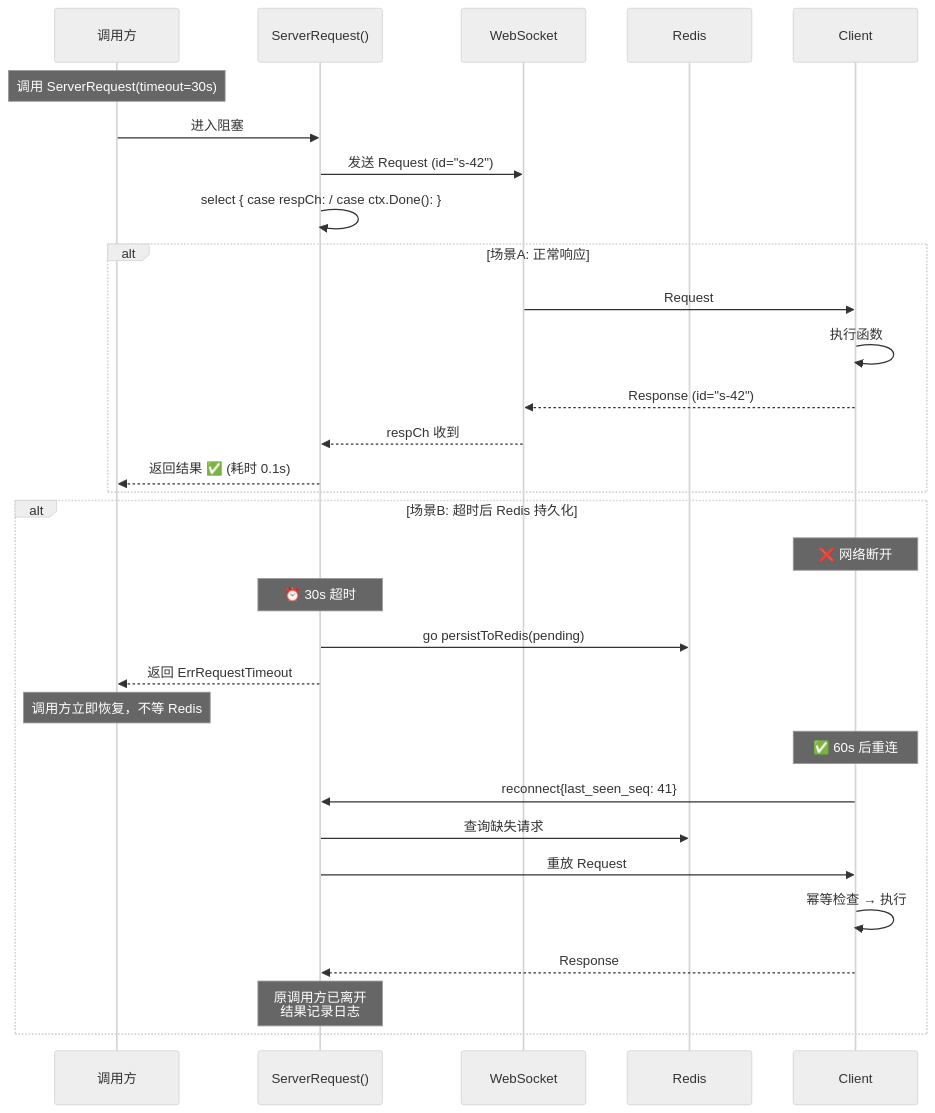
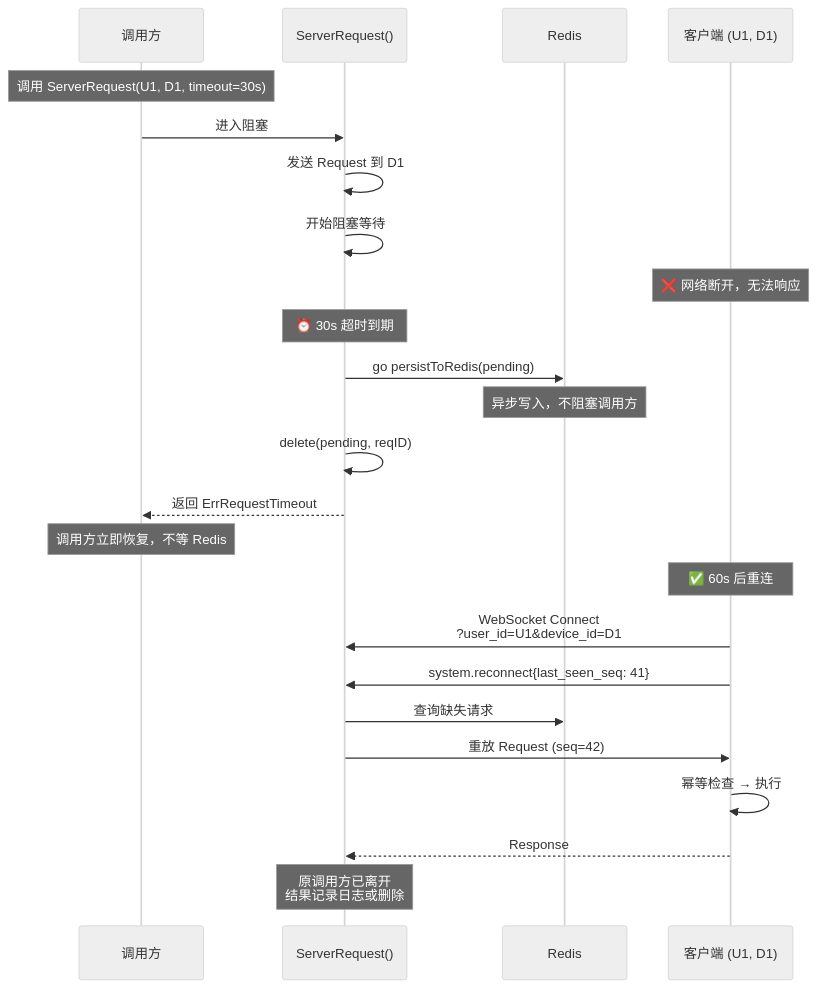
Before and after one commit to PineappleBond/xyncra-server: the fourth of 7 diagrams in docs/DESIGN_CLIENT_FUNCTION_AGENT_TOOLS.md, drawn with Mermaid (neutral theme). The commit also changed other lines of this file, not shown here.

First line of the commit message:
docs: rewrite with correct design - Agent only calls initiating device

````diff
--- a/docs/DESIGN_CLIENT_FUNCTION_AGENT_TOOLS.md
+++ b/docs/DESIGN_CLIENT_FUNCTION_AGENT_TOOLS.md
@@ -347,38 +414,30 @@
 ```mermaid
 sequenceDiagram
     participant Caller as 调用方
     participant RRPC as ServerRequest()
-    participant WS as WebSocket
     participant Redis
-    participant Client
+    participant Client as 客户端 (U1, D1)
 
-    Note over Caller: 调用 ServerRequest(timeout=30s)
+    Note over Caller: 调用 ServerRequest(U1, D1, timeout=30s)
     Caller->>RRPC: 进入阻塞
 
-    RRPC->>WS: 发送 Request (id="s-42")
-    RRPC->>RRPC: select { case respCh: / case ctx.Done(): }
+    RRPC->>RRPC: 发送 Request 到 D1
+    RRPC->>RRPC: 开始阻塞等待
 
-    alt 场景A: 正常响应
-        WS->>Client: Request
-        Client->>Client: 执行函数
-        Client-->>WS: Response (id="s-42")
-        WS-->>RRPC: respCh 收到
-        RRPC-->>Caller: 返回结果 ✅ (耗时 0.1s)
-    end
+    Note over Client: ❌ 网络断开，无法响应
+    Note over RRPC: ⏰ 30s 超时到期
+    RRPC->>Redis: go persistToRedis(pending)
+    Note over Redis: 异步写入，不阻塞调用方
+    RRPC->>RRPC: delete(pending, reqID)
+    RRPC-->>Caller: 返回 ErrRequestTimeout
+    Note over Caller: 调用方立即恢复，不等 Redis
 
-    alt 场景B: 超时后 Redis 持久化
-        Note over Client: ❌ 网络断开
-        Note over RRPC: ⏰ 30s 超时
-        RRPC->>Redis: go persistToRedis(pending)
-        RRPC-->>Caller: 返回 ErrRequestTimeout
-        Note over Caller: 调用方立即恢复，不等 Redis
-
-        Note over Client: ✅ 60s 后重连
-        Client->>RRPC: reconnect{last_seen_seq: 41}
-        RRPC->>Redis: 查询缺失请求
-        RRPC->>Client: 重放 Request
-        Client->>Client: 幂等检查 → 执行
-        Client-->>RRPC: Response
-        Note over RRPC: 原调用方已离开<br/>结果记录日志
-    end
+    Note over Client: ✅ 60s 后重连
+    Client->>RRPC: WebSocket Connect<br/>?user_id=U1&device_id=D1
+    Client->>RRPC: system.reconnect{last_seen_seq: 41}
+    RRPC->>Redis: 查询缺失请求
+    RRPC->>Client: 重放 Request (seq=42)
+    Client->>Client: 幂等检查 → 执行
+    Client-->>RRPC: Response
+    Note over RRPC: 原调用方已离开<br/>结果记录日志或删除
 ```
````
